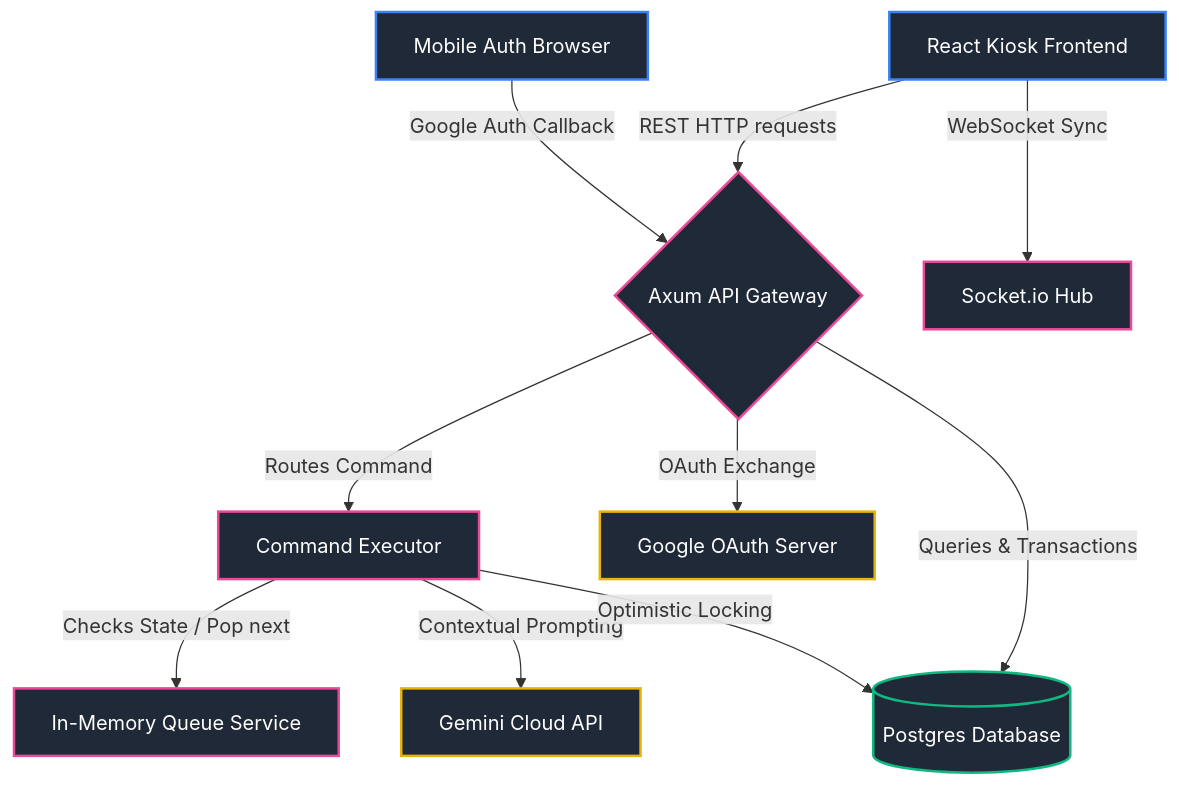
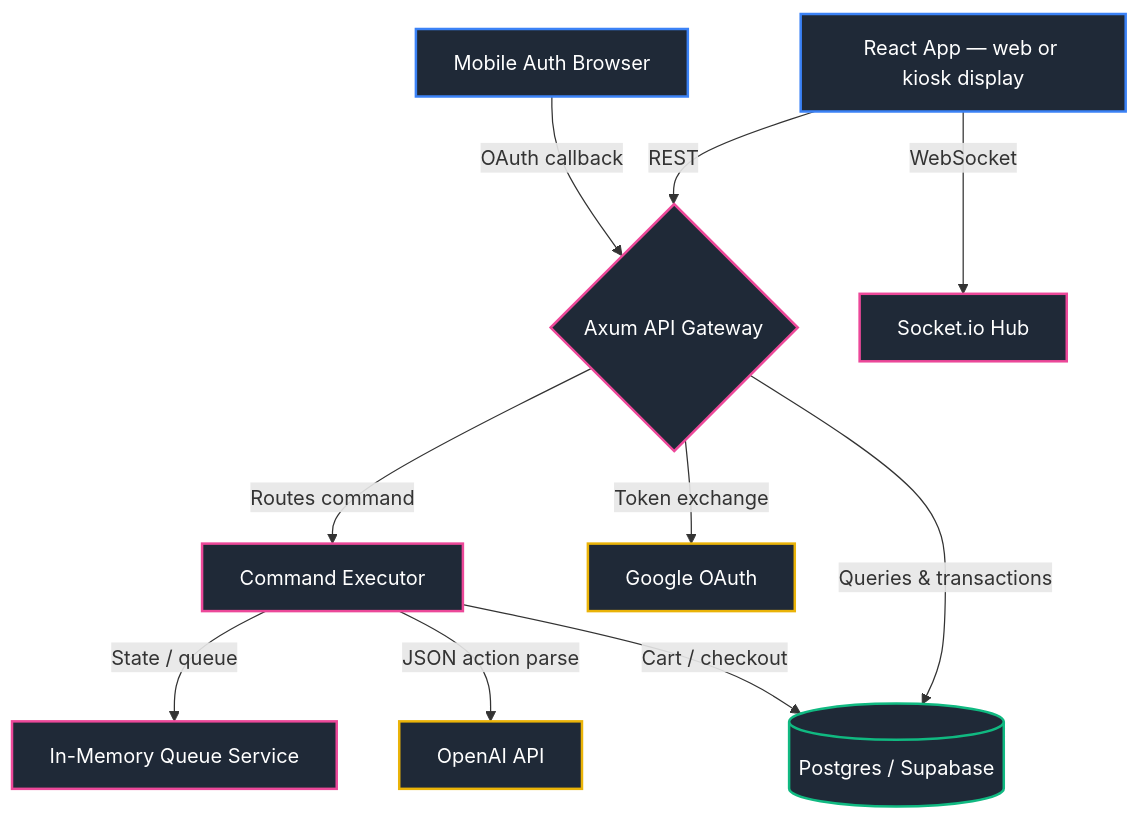
Before and after one commit to OmgItsAmmer/okiosk: the diagram in README.md, drawn with Mermaid. The commit also changed other lines of this file and 32 other files, not shown here.

````diff
--- a/README.md
+++ b/README.md
@@ -37,34 +71,31 @@
 ```mermaid
 graph TD
-    %% Define Styles
     classDef client fill:#1f2937,stroke:#3b82f6,stroke-width:2px,color:#fff;
     classDef api fill:#1f2937,stroke:#ec4899,stroke-width:2px,color:#fff;
     classDef data fill:#1f2937,stroke:#10b981,stroke-width:2px,color:#fff;
     classDef cloud fill:#1f2937,stroke:#eab308,stroke-width:2px,color:#fff;
 
-    %% Nodes
-    A[React Kiosk Frontend]:::client
+    A[React App — web or kiosk display]:::client
     B[Mobile Auth Browser]:::client
-    
+
     C{Axum API Gateway}:::api
     D[Socket.io Hub]:::api
     E[Command Executor]:::api
     F[In-Memory Queue Service]:::api
-    
-    G[(Postgres Database)]:::data
-    H[Gemini Cloud API]:::cloud
-    I[Google OAuth Server]:::cloud
 
-    %% Relationships
-    A -- REST HTTP requests --> C
-    A -- WebSocket Sync --> D
-    B -- Google Auth Callback --> C
-    
-    C -- Routes Command --> E
-    E -- Checks State / Pop next --> F
-    E -- Contextual Prompting --> H
-    C -- OAuth Exchange --> I
-    
-    C -- Queries & Transactions --> G
-    E -- Optimistic Locking --> G
+    G[(Postgres / Supabase)]:::data
+    H[OpenAI API]:::cloud
+    I[Google OAuth]:::cloud
+
+    A -- REST --> C
+    A -- WebSocket --> D
+    B -- OAuth callback --> C
+
+    C -- Routes command --> E
+    E -- State / queue --> F
+    E -- JSON action parse --> H
+    C -- Token exchange --> I
+
+    C -- Queries & transactions --> G
+    E -- Cart / checkout --> G
 ```
````
